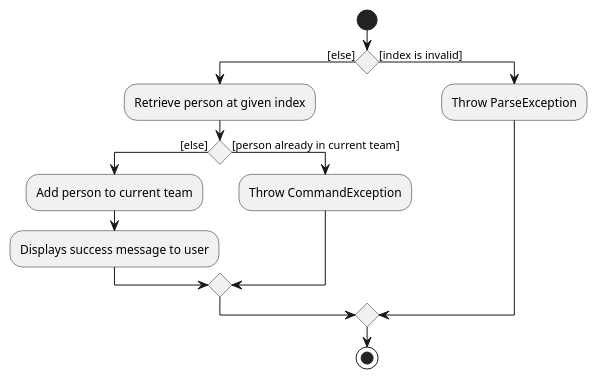
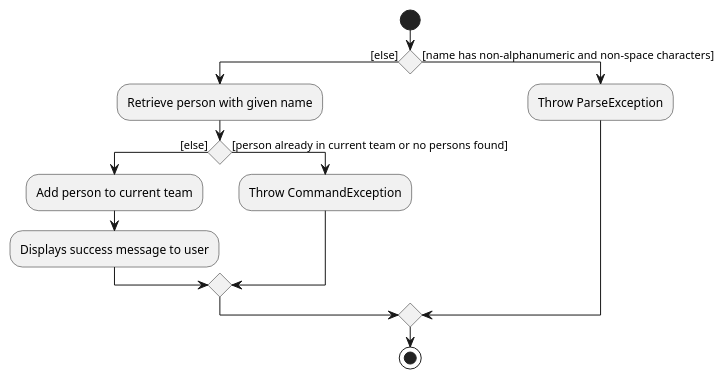
The diagram in docs/diagrams/AddMemberActivityDiagram.puml (nus-cs2103-AY2223S1/tp), drawn with PlantUML before and after one commit. The commit also changed 3 other files, not shown here.

```diff
--- a/docs/diagrams/AddMemberActivityDiagram.puml
+++ b/docs/diagrams/AddMemberActivityDiagram.puml
@@ -1,15 +1,15 @@
 @startuml
 start
 if () then ([else])
-    :Retrieve person at given index;
+    :Retrieve person with given name;
     if () then ([else])
         :Add person to current team;
         :Displays success message to user;
-    else ([person already in current team])
+    else ([person already in current team or no persons found])
         :Throw CommandException;
     endif
-else ([index is invalid])
+else ([name has non-alphanumeric and non-space characters])
     :Throw ParseException;
 endif
 stop
 @enduml
```
